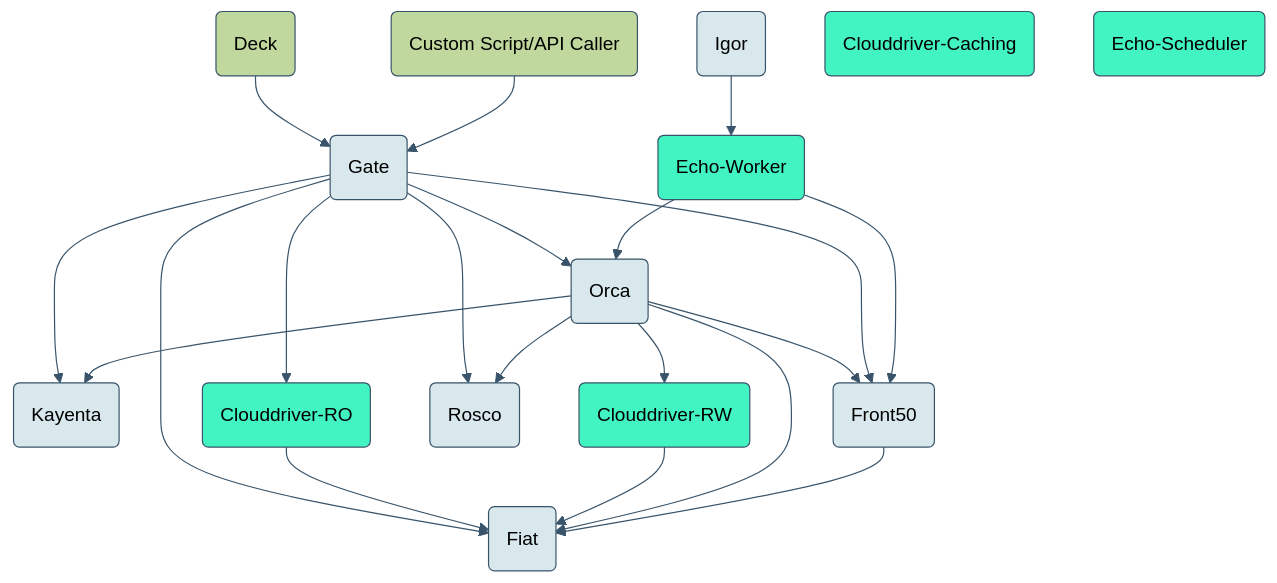
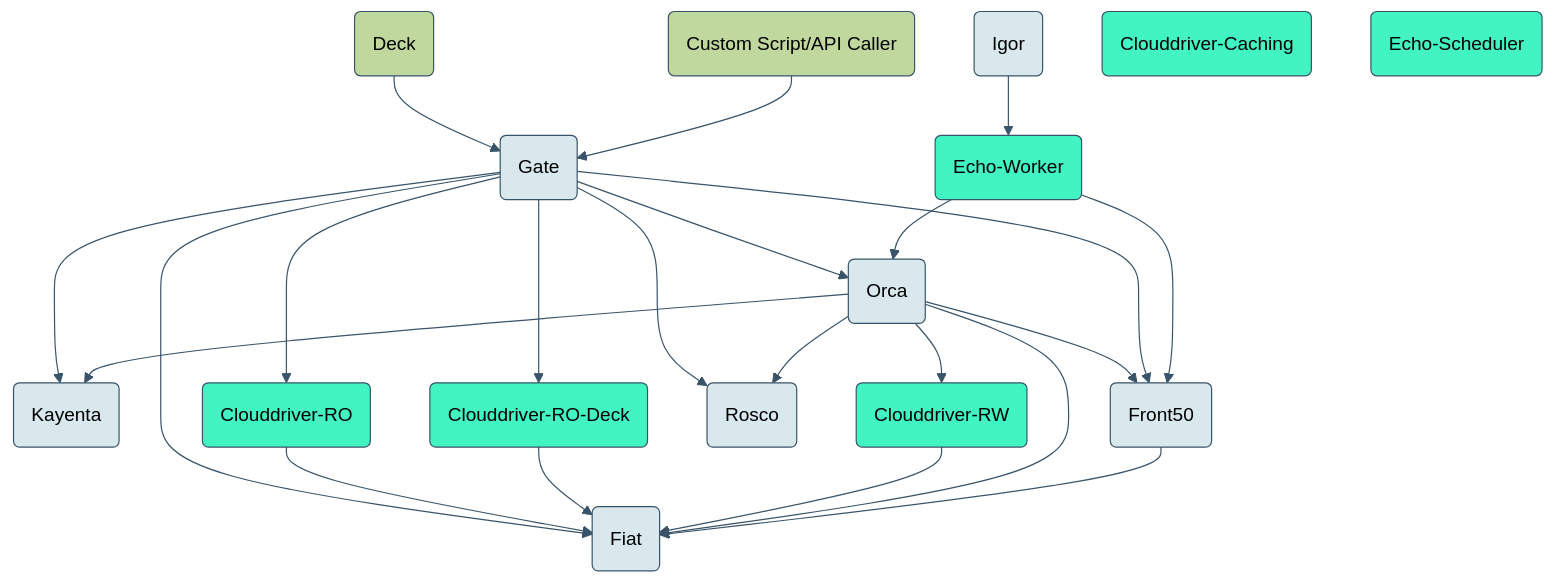
One commit to spinnaker/spinnaker.github.io changed the third of 3 diagrams in reference/halyard/high-availability.md. Above: the diagram before and after it, drawn with Mermaid (forest theme). The commit also changed other lines of this file, not shown here.

Commit message:
docs(ha): Add section on clouddriver-ro-deck.

```diff
--- a/reference/halyard/high-availability.md
+++ b/reference/halyard/high-availability.md
@@ -132,34 +142,36 @@
  <div class="mermaid">
  graph TB
 
  deck(Deck) --> gate;
  api(Custom Script/API Caller) --> gate(Gate);
  gate --> kayenta(Kayenta);
  gate --> orca(Orca);
  gate --> clouddriver-ro(Clouddriver-RO);
+ gate --> clouddriver-ro-deck(Clouddriver-RO-Deck)
  orca --> clouddriver-rw(Clouddriver-RW);
  gate --> rosco(Rosco);
  orca --> front50;
  orca --> rosco;
  gate --> front50(Front50);
  gate --> fiat(Fiat);
  orca --> kayenta;
  clouddriver-ro --> fiat;
+ clouddriver-ro-deck --> fiat;
  clouddriver-rw --> fiat;
  orca --> fiat;
  front50 --> fiat;
  echo-worker(Echo-Worker) --> orca;
  echo-worker --> front50;
  igor(Igor) --> echo-worker;
  clouddriver-caching(Clouddriver-Caching);
  echo-scheduler(Echo-Scheduler);
 
  classDef default fill:#d8e8ec,stroke:#39546a;
  linkStyle default stroke:#39546a,stroke-width:1px,fill:none;
 
  classDef external fill:#c0d89d,stroke:#39546a;
  class deck,api external
 
  classDef split fill:#42f4c2,stroke:#39546a;
- class clouddriver-caching,clouddriver-ro,clouddriver-rw,echo-scheduler,echo-worker split
+ class clouddriver-caching,clouddriver-ro,clouddriver-ro-deck,clouddriver-rw,echo-scheduler,echo-worker split
  </div>
```
